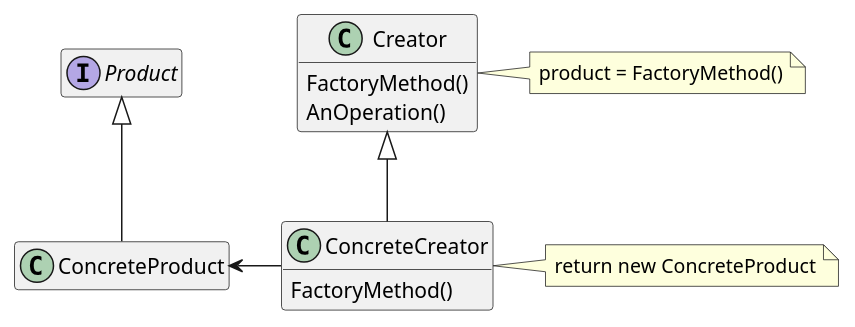
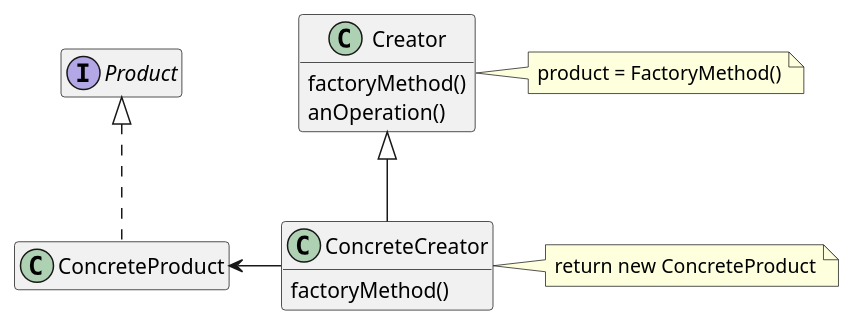
One commit to leandro-costa/blog-material-aula-template changed the diagram in posts/Factory Method.md. Above: the diagram before and after it, drawn with PlantUML. The commit also changed other lines of this file and 1 other file, not shown here.

````diff
--- a/posts/Factory Method.md
+++ b/posts/Factory Method.md
@@ -139,38 +132,38 @@
 ```plantuml
 @startuml
 interface Product{
 }
 
 
 class ConcreteProduct{
 }
 
 
 class Creator{
-    FactoryMethod()
-    AnOperation()
+    factoryMethod()
+    anOperation()
 }
 
 
 class ConcreteCreator{
-    FactoryMethod()
+    factoryMethod()
 }
 
 
-Product <|-- ConcreteProduct
+Product <|.. ConcreteProduct
 ConcreteProduct <- ConcreteCreator
 Creator <|-- ConcreteCreator
 
 
 class Creator
 note right: product = FactoryMethod()
 class ConcreteCreator
 note right: return new ConcreteProduct
 
 
 hide empty attributes
 hide empty methods
 
 
 @enduml
 ```
````
